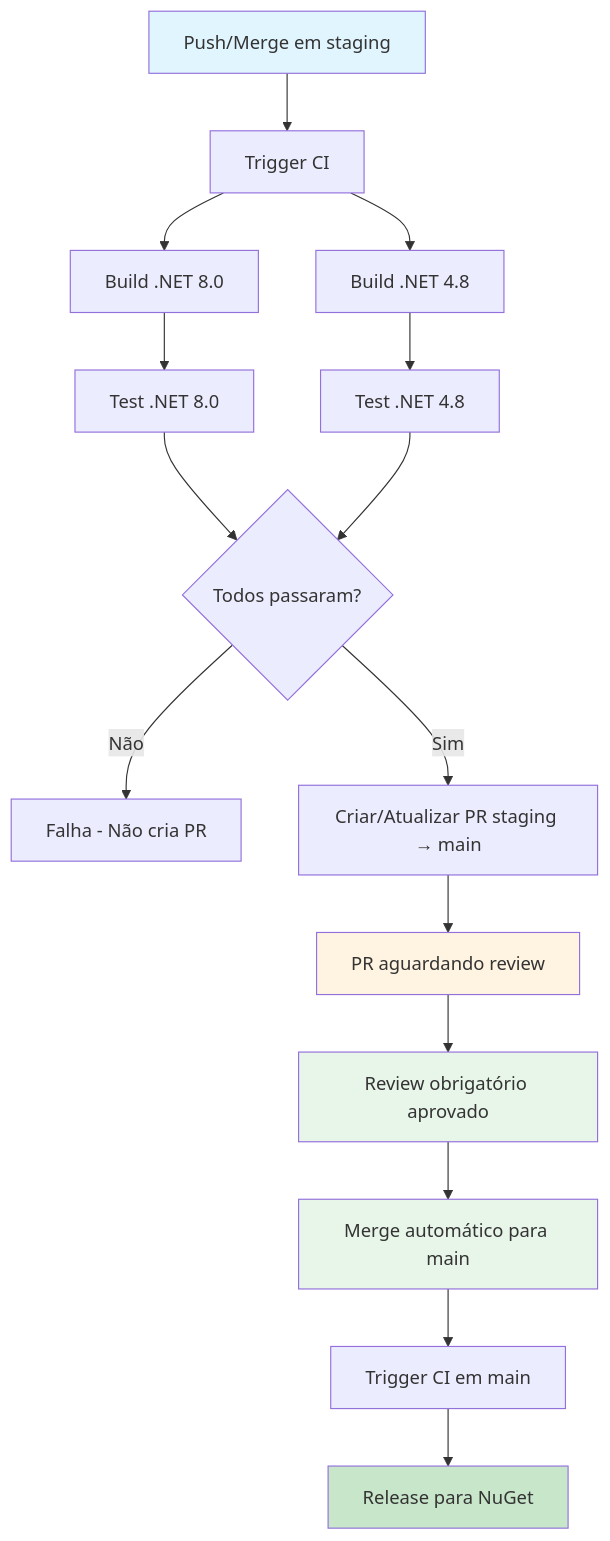
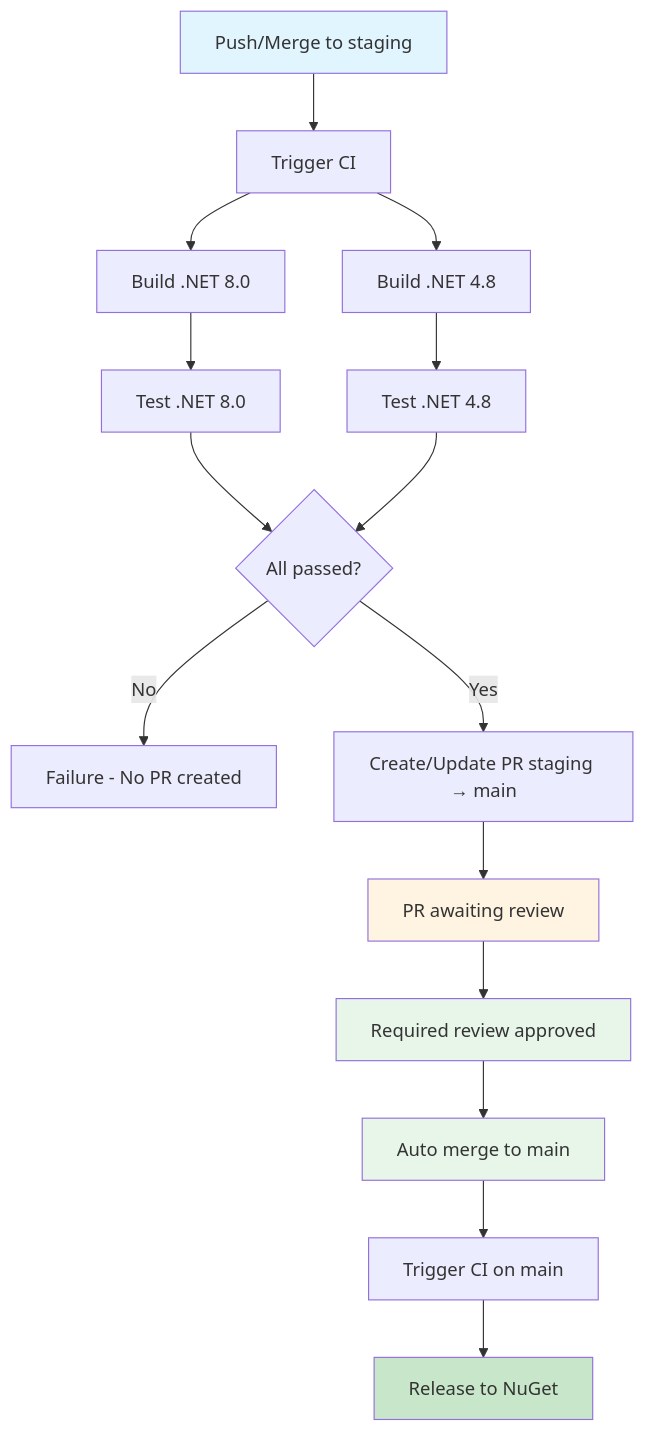
One commit to whitebeardit/traceability changed the first of 2 diagrams in docs/development/ci-cd.md. Above: the diagram before and after it, drawn with Mermaid. The commit also changed other lines of this file and 36 other files, not shown here.

````diff
--- a/docs/development/ci-cd.md
+++ b/docs/development/ci-cd.md
@@ -13,23 +13,23 @@
 ```mermaid
 flowchart TD
-    A[Push/Merge em staging] --> B[Trigger CI]
+    A[Push/Merge to staging] --> B[Trigger CI]
     B --> C[Build .NET 8.0]
     B --> D[Build .NET 4.8]
     C --> E[Test .NET 8.0]
     D --> F[Test .NET 4.8]
-    E --> G{Todos passaram?}
+    E --> G{All passed?}
     F --> G
-    G -->|Não| H[Falha - Não cria PR]
-    G -->|Sim| I[Criar/Atualizar PR staging → main]
-    I --> J[PR aguardando review]
-    J --> K[Review obrigatório aprovado]
-    K --> L[Merge automático para main]
-    L --> M[Trigger CI em main]
-    M --> N[Release para NuGet]
+    G -->|No| H[Failure - No PR created]
+    G -->|Yes| I[Create/Update PR staging → main]
+    I --> J[PR awaiting review]
+    J --> K[Required review approved]
+    K --> L[Auto merge to main]
+    L --> M[Trigger CI on main]
+    M --> N[Release to NuGet]
     
     style A fill:#e1f5ff
     style J fill:#fff4e1
     style K fill:#e8f5e9
     style L fill:#e8f5e9
     style N fill:#c8e6c9
 ```
````
